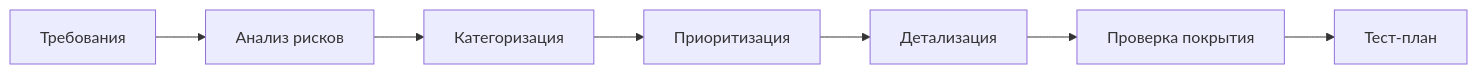
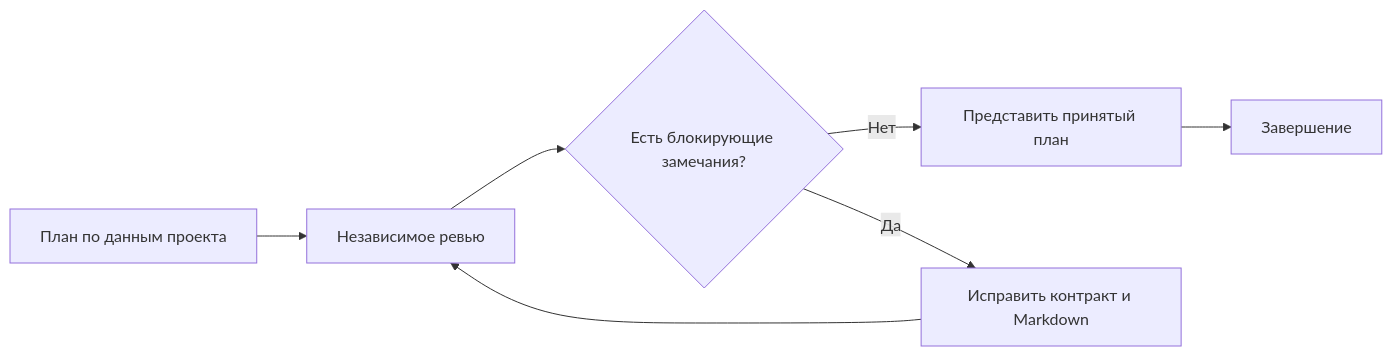
The diagram in packages/docs/src/content/docs/ru/docs/reference/workflows/test-planning.mdx (moira-mcp/moira), drawn with Mermaid before and after one commit. The commit also changed other lines of this file and 72 other files, not shown here.

````diff
--- a/packages/docs/src/content/docs/ru/docs/reference/workflows/test-planning.mdx
+++ b/packages/docs/src/content/docs/ru/docs/reference/workflows/test-planning.mdx
@@ -18,9 +37,9 @@
 ```mermaid
 flowchart LR
-    A[Требования] --> B[Анализ рисков]
-    B --> C[Категоризация]
-    C --> D[Приоритизация]
-    D --> E[Детализация]
-    E --> F[Проверка покрытия]
-    F --> G[Тест-план]
+    A[План по данным проекта] --> B[Независимое ревью]
+    B --> C{Есть блокирующие замечания?}
+    C -->|Нет| D[Представить принятый план]
+    C -->|Да| E[Исправить контракт и Markdown]
+    E --> B
+    D --> F[Завершение]
 ```
````
